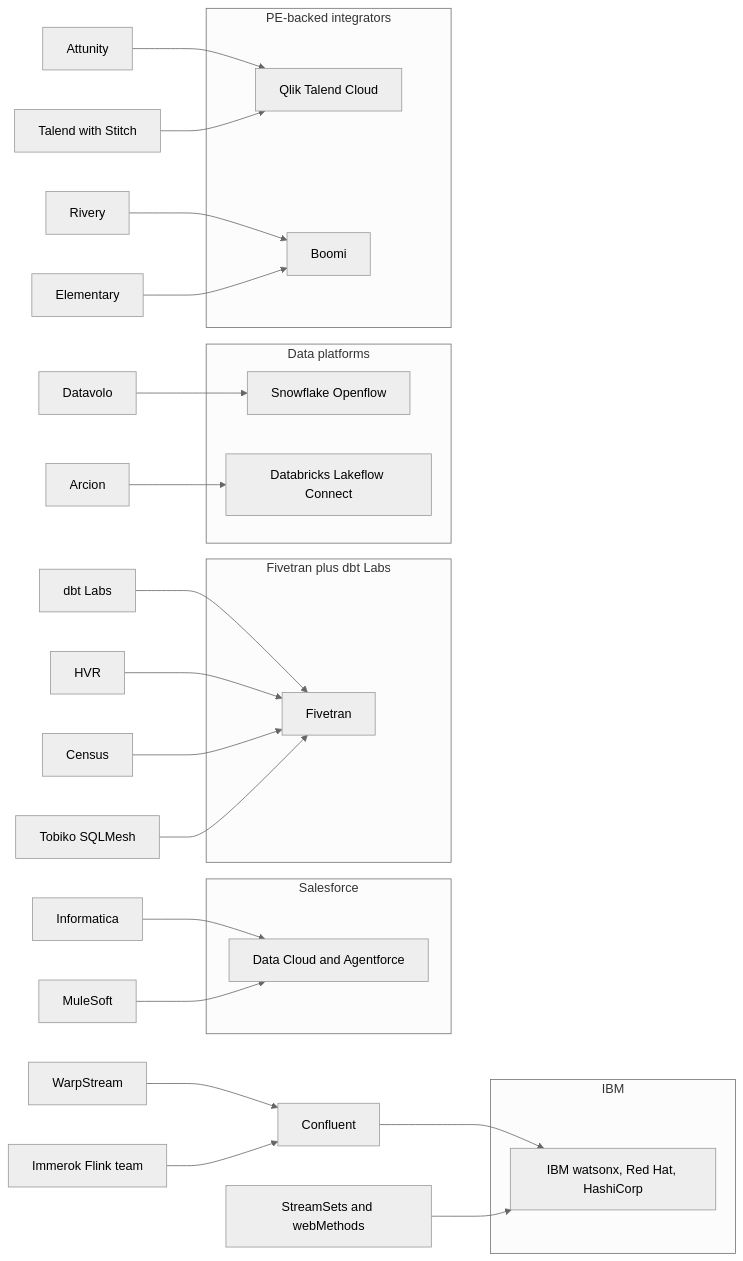
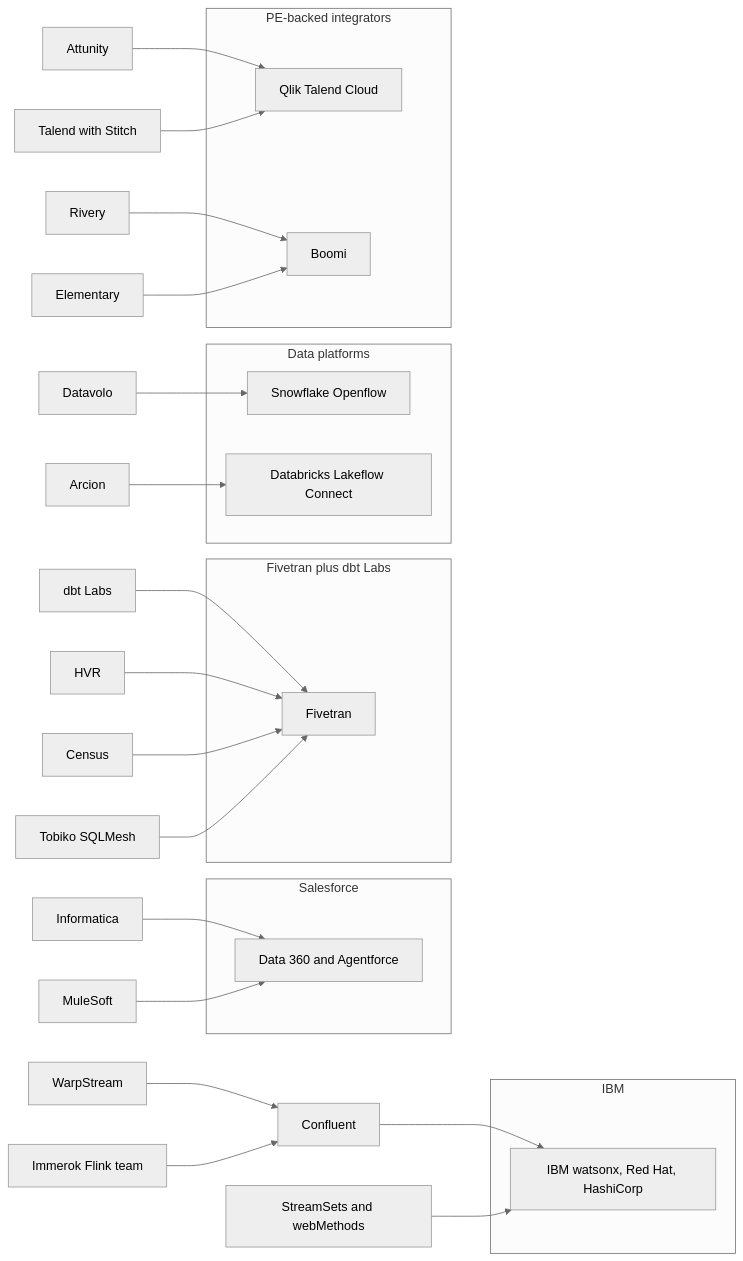
The fourth of 4 diagrams in docs/04-company-deep-dives/ch30-data-movement-streaming-companies.md (FrankHuang94/data_tech_db_claude), drawn with Mermaid (neutral theme) before and after one commit. The commit also changed other lines of this file and 27 other files, not shown here.

````diff
--- a/docs/04-company-deep-dives/ch30-data-movement-streaming-companies.md
+++ b/docs/04-company-deep-dives/ch30-data-movement-streaming-companies.md
@@ -211,36 +211,36 @@
 ```mermaid
 flowchart LR
     subgraph IBMG["IBM"]
         IBM["IBM watsonx, Red Hat, HashiCorp"]
     end
     subgraph SFG["Salesforce"]
-        SF["Data Cloud and Agentforce"]
+        SF["Data 360 and Agentforce"]
     end
     subgraph FTG["Fivetran plus dbt Labs"]
         FT["Fivetran"]
     end
     subgraph PLAT["Data platforms"]
         SNOW["Snowflake Openflow"]
         DBX["Databricks Lakeflow Connect"]
     end
     subgraph PE["PE-backed integrators"]
         QLIK["Qlik Talend Cloud"]
         BOOMI["Boomi"]
     end
     CFLT["Confluent"] --> IBM
     WS["WarpStream"] --> CFLT
     IMM["Immerok Flink team"] --> CFLT
     SSW["StreamSets and webMethods"] --> IBM
     INFA["Informatica"] --> SF
     MULE["MuleSoft"] --> SF
     DBT["dbt Labs"] --> FT
     HVR["HVR"] --> FT
     CEN["Census"] --> FT
     TOB["Tobiko SQLMesh"] --> FT
     DV["Datavolo"] --> SNOW
     ARC["Arcion"] --> DBX
     ATT["Attunity"] --> QLIK
     TAL["Talend with Stitch"] --> QLIK
     RIV["Rivery"] --> BOOMI
     ELM["Elementary"] --> BOOMI
 ```
````
